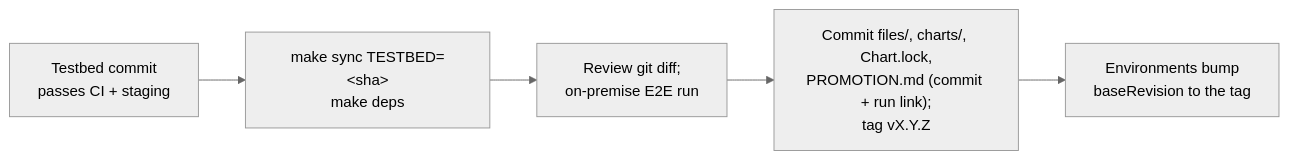
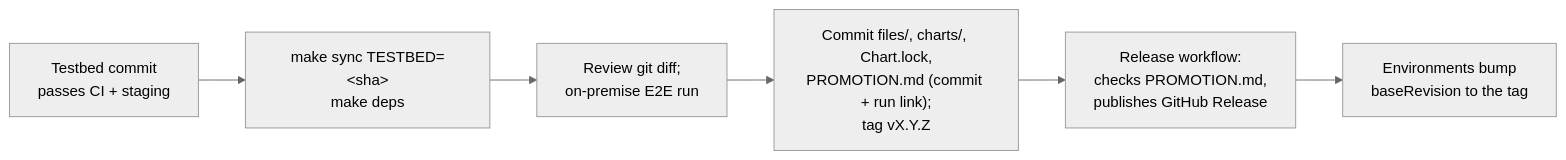
Before and after one commit to RI-SCALE/dep-dlm-deployment: the third of 3 diagrams in README.md, drawn with Mermaid (neutral theme). The commit also changed other lines of this file and 2 other files, not shown here.

First line of the commit message:
ci: publish a GitHub Release for v* tags

````diff
--- a/README.md
+++ b/README.md
@@ -175,7 +175,8 @@
 ```mermaid
 flowchart LR
   a["Testbed commit<br/>passes CI + staging"] --> b["make sync TESTBED=&lt;sha&gt;<br/>make deps"]
   b --> c["Review git diff;<br/>on-premise E2E run"]
   c --> d["Commit files/, charts/, Chart.lock,<br/>PROMOTION.md (commit + run link);<br/>tag vX.Y.Z"]
-  d --> e["Environments bump<br/>baseRevision to the tag"]
+  d --> r["Release workflow:<br/>checks PROMOTION.md,<br/>publishes GitHub Release"]
+  r --> e["Environments bump<br/>baseRevision to the tag"]
 ```
````
